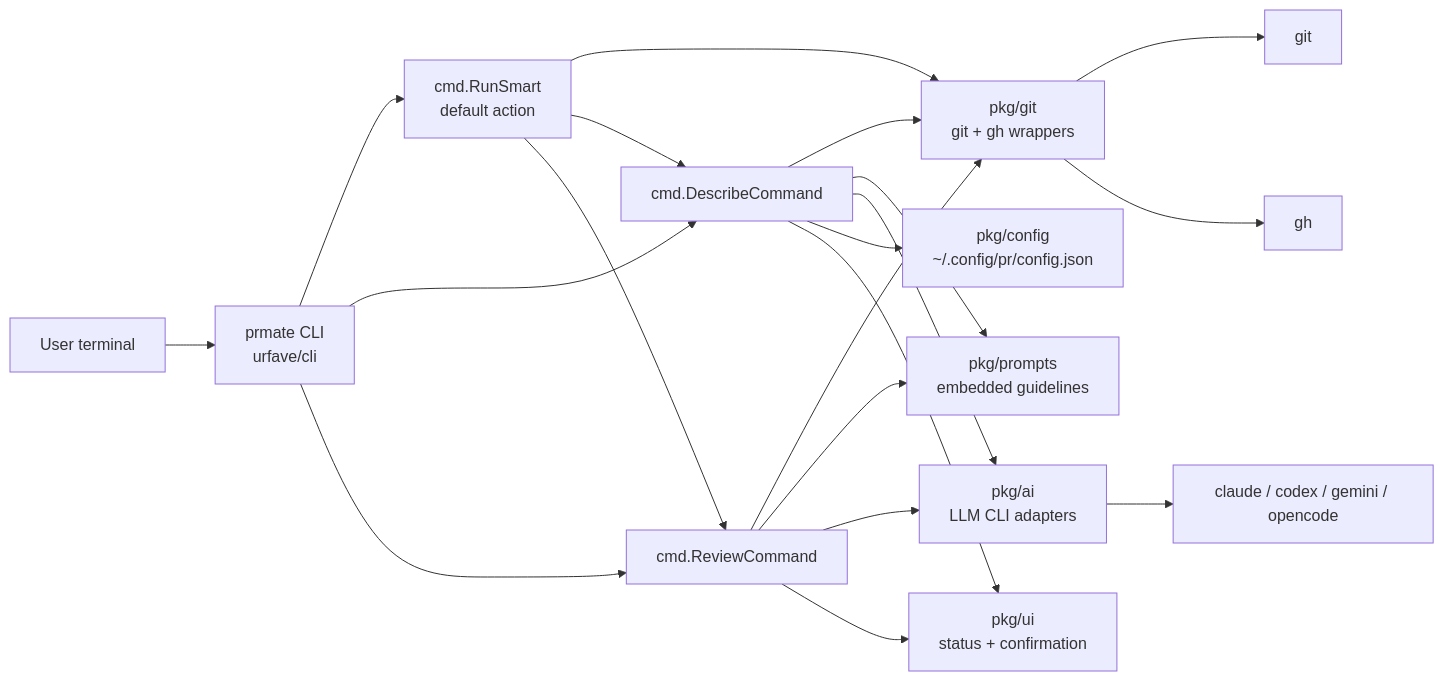
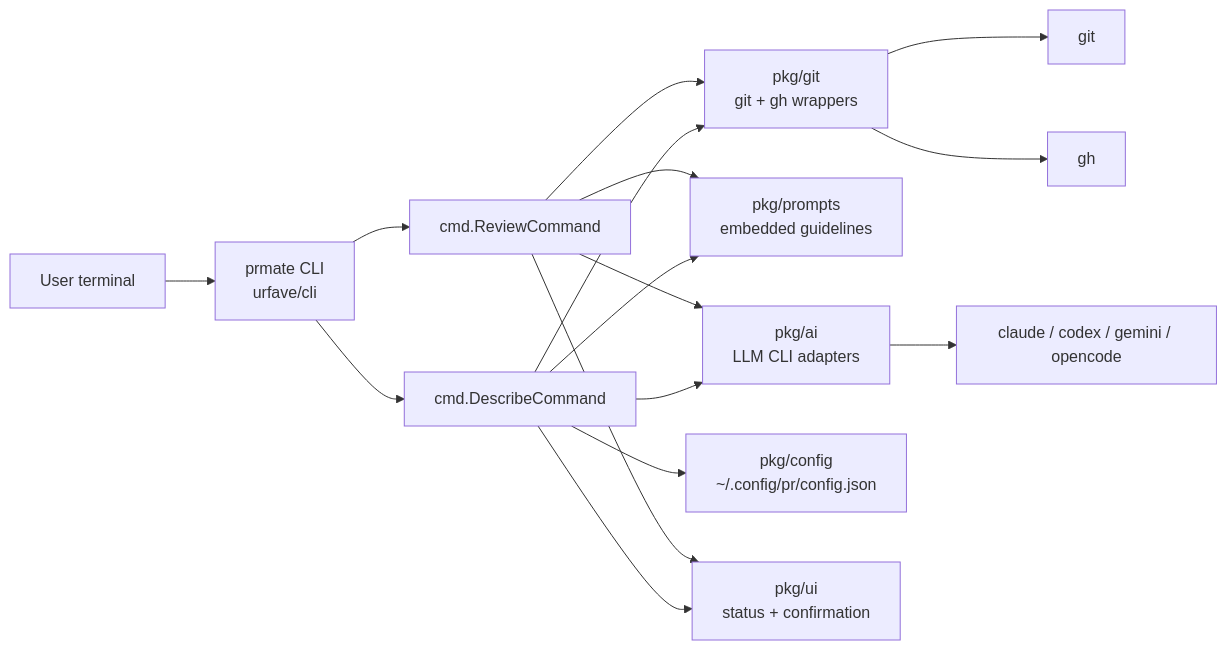
The first of 3 diagrams in CONTEXT.md (mpiorowski/prmate), drawn with Mermaid before and after one commit. The commit also changed other lines of this file and 9 other files, not shown here.

````diff
--- a/CONTEXT.md
+++ b/CONTEXT.md
@@ -123,24 +120,20 @@
 ```mermaid
 flowchart LR
     USER["User terminal"] --> CLI["prmate CLI<br/>urfave/cli"]
-    CLI --> SMART["cmd.RunSmart<br/>default action"]
     CLI --> DESCRIBE["cmd.DescribeCommand"]
     CLI --> REVIEW["cmd.ReviewCommand"]
 
-    SMART --> GIT
-    SMART --> DESCRIBE
-    SMART --> REVIEW
     DESCRIBE --> GIT["pkg/git<br/>git + gh wrappers"]
     REVIEW --> GIT
     DESCRIBE --> PROMPTS["pkg/prompts<br/>embedded guidelines"]
     REVIEW --> PROMPTS
     DESCRIBE --> AI["pkg/ai<br/>LLM CLI adapters"]
     REVIEW --> AI
     DESCRIBE --> CONFIG["pkg/config<br/>~/.config/pr/config.json"]
     DESCRIBE --> UI["pkg/ui<br/>status + confirmation"]
     REVIEW --> UI
 
     GIT --> GITCLI["git"]
     GIT --> GHCLI["gh"]
     AI --> PROVIDERS["claude / codex / gemini / opencode"]
 ```
````
